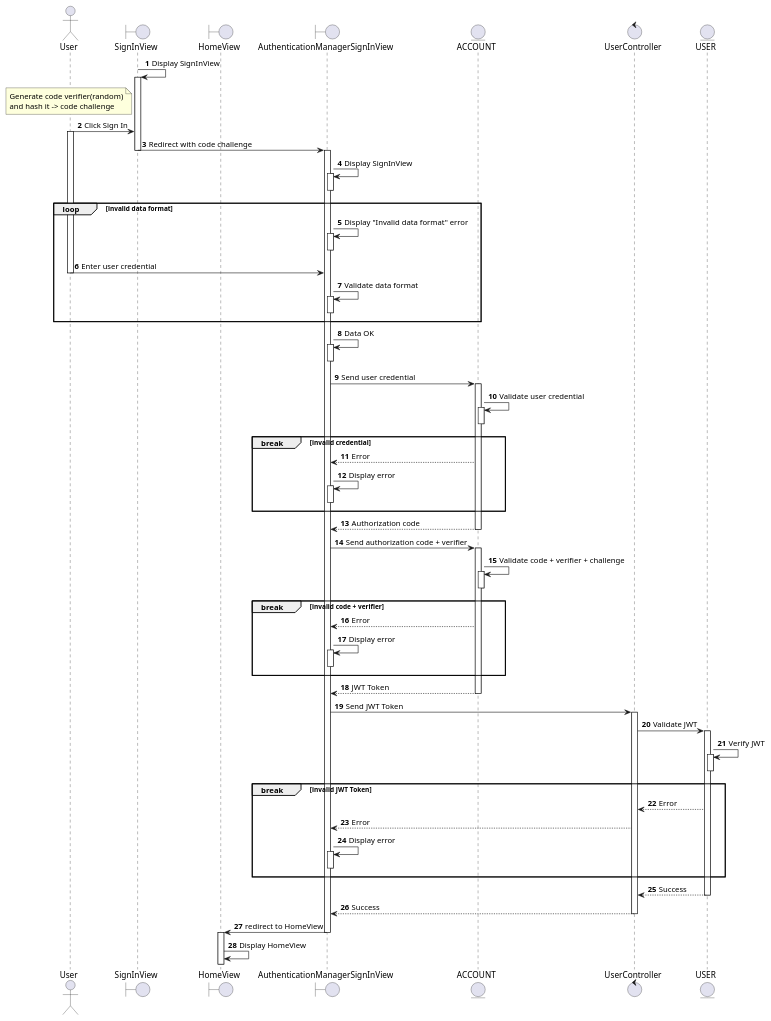
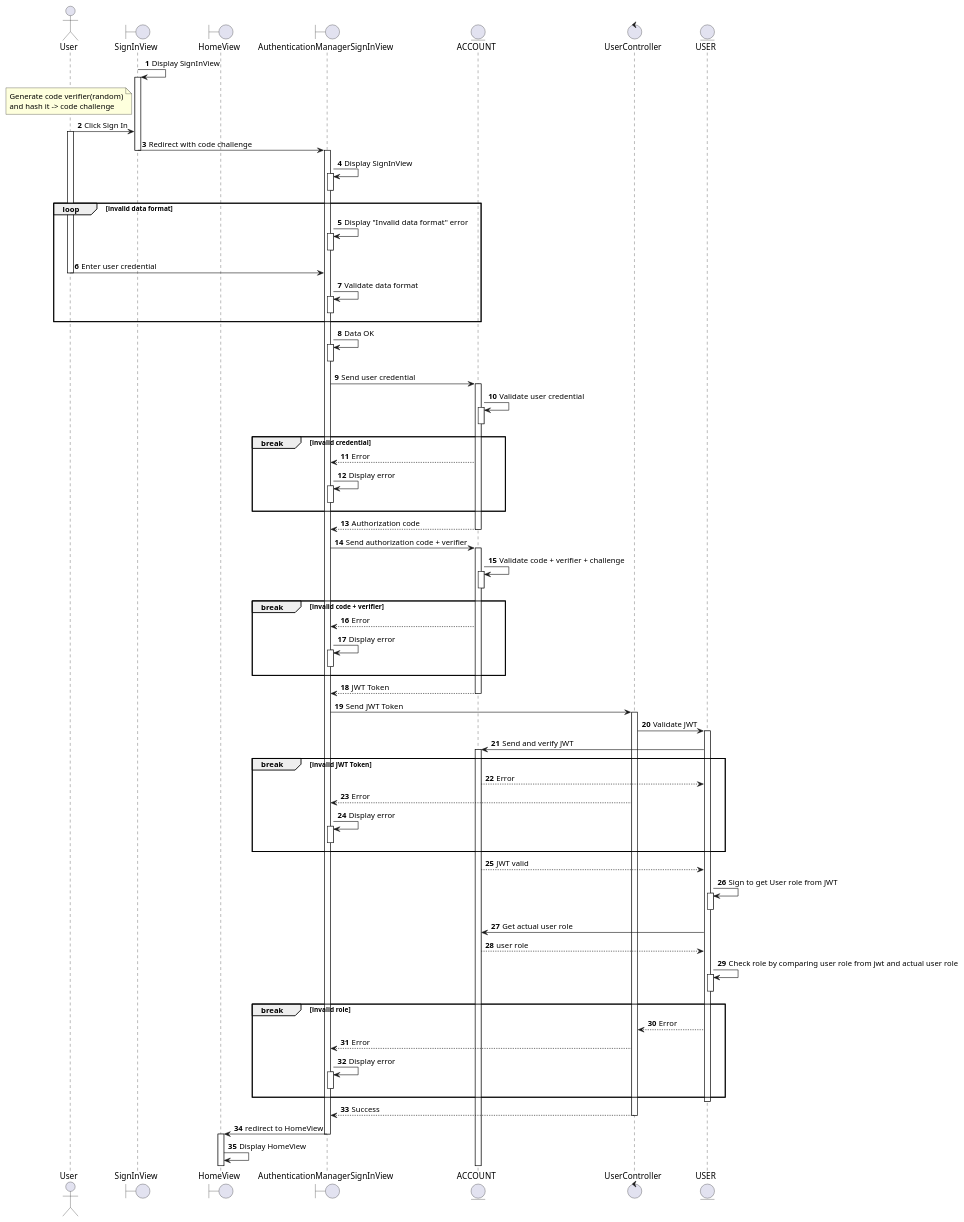
Before and after one commit to electricilies/electricilies.github.io: the diagram in docs/software-docs/sequence/manage-account/sign-in.md, drawn with PlantUML. The commit also changed 1 other file, not shown here.

Commit message:
feat(sign-in): expand sign in flow

```diff
--- a/docs/software-docs/sequence/manage-account/sign-in.md
+++ b/docs/software-docs/sequence/manage-account/sign-in.md
@@ -79,19 +79,34 @@
 
 UC -> US: Validate JWT
 activate US
-US -> US: Verify JWT
-activate US
-deactivate US
+A <- US: Send and verify JWT
+activate A
+
 
 break invalid JWT Token
-  UC <-- US: Error
+  A --> US: Error
   AMSIV <-- UC: Error
   AMSIV -> AMSIV: Display error
   activate AMSIV
   deactivate AMSIV
 end
 
-UC <-- US: Success
+A --> US: JWT valid
+US -> US: Sign to get User role from JWT
+activate US
+deactivate US
+A <- US: Get actual user role
+A --> US: user role
+US -> US: Check role by comparing user role from jwt and actual user role
+activate US
+deactivate US
+break invalid role
+  US --> UC: Error
+  AMSIV <-- UC: Error
+  AMSIV -> AMSIV: Display error
+  activate AMSIV
+  deactivate AMSIV
+end
 deactivate US
 AMSIV <-- UC: Success
 deactivate UC
```
